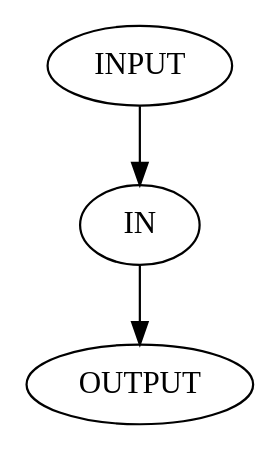
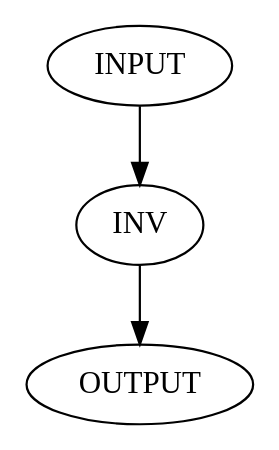
The diagram in INVERSOR.gv (omar-Alhassane-Ahamadou/Projet-C), drawn with Graphviz before and after one commit. The commit also changed 2 other files, not shown here.

```diff
--- a/INVERSOR.gv
+++ b/INVERSOR.gv
@@ -1,6 +1,6 @@
 digraph test {
 I [label = "INPUT"];
-Bascule [label = "IN"];
+INVERSOR [label = "INV"];
 O [label = "OUTPUT"];
-I -> Bascule -> O;
+I -> INVERSOR -> O;
 }
```
